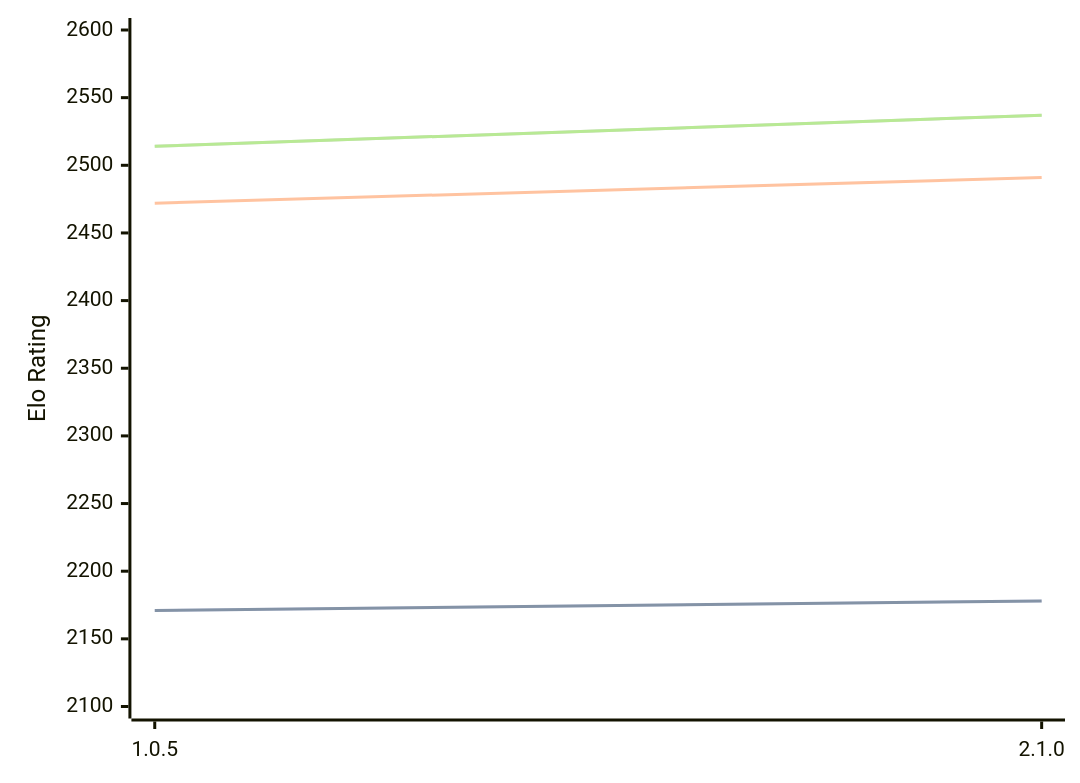
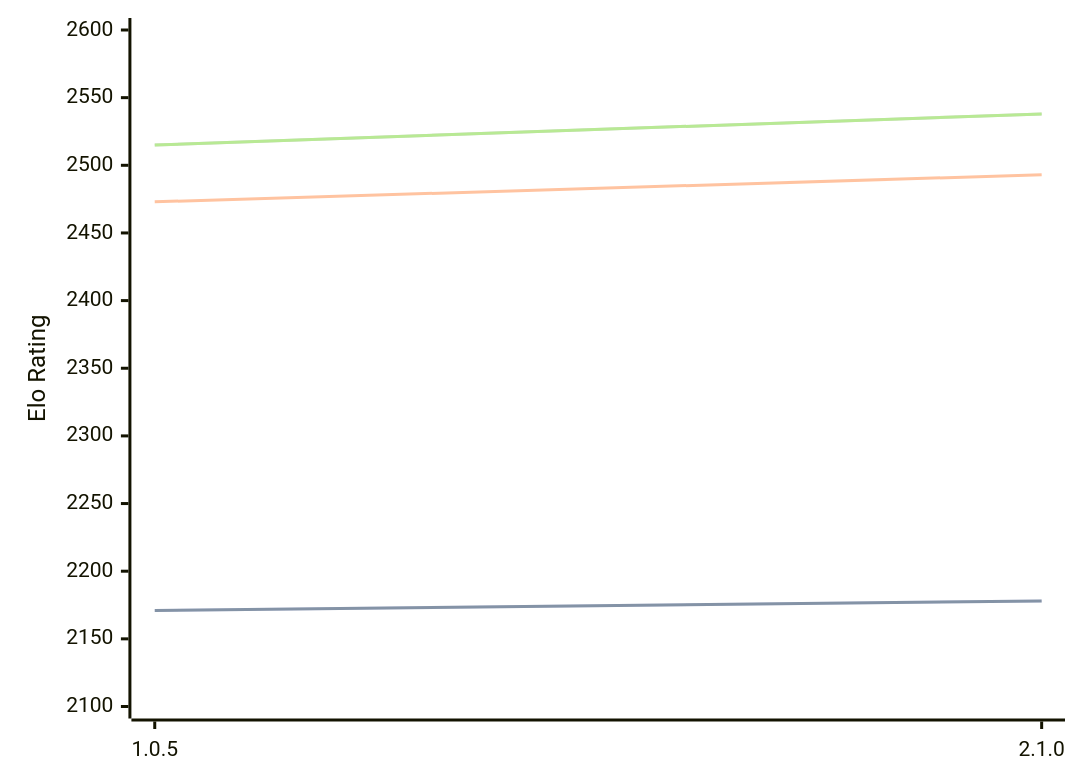
Before and after one commit to computer-chess-index/cci: the diagram in engines/Ruffian.md, drawn with Mermaid. The commit also changed other lines of this file, not shown here.

Commit message:
Update CCI Ratings (ELO VLTC) - 2026-04-11

````diff
--- a/engines/Ruffian.md
+++ b/engines/Ruffian.md
@@ -32,11 +32,11 @@
 ```mermaid
 %%{init: {"theme":"base","themeVariables":{"seriesColors:['#a3a3a3','#222221','#faa371']}}}%%
 xychart-beta
   x-axis ["1.0.5", "2.1.0"]
   y-axis "Elo Rating" 2100 --> 2600
   line "STC (8.0+0.08s)" [2171, 2178]
   line "STC (8.0+0.08s)" [2171, 2178]
-  line "LTC (60.0+0.60s)" [2472, 2491]
-  line "VLTC (2m24s+1.12s)" [2514, 2537]
-  line "VLTC (2m24s+1.12s)" [2514, 2537]
+  line "LTC (60.0+0.60s)" [2473, 2493]
+  line "VLTC (2m24s+1.12s)" [2515, 2538]
+  line "VLTC (2m24s+1.12s)" [2515, 2538]
 ```
````
